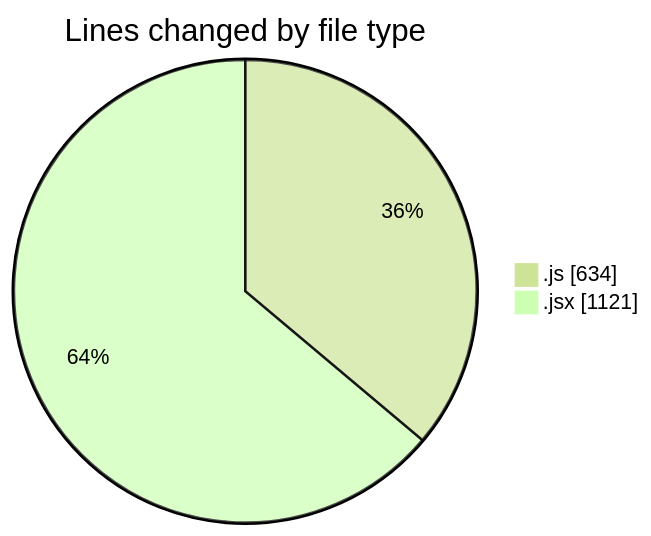
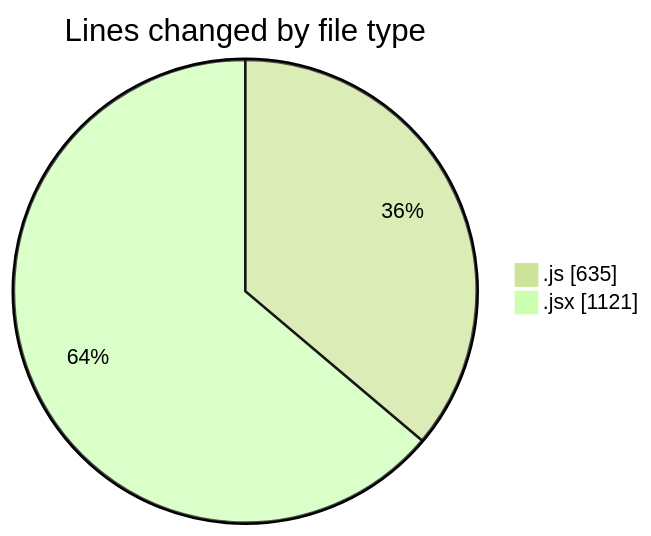
The first of 2 diagrams in 2025-07-02/argos/README.md (nxtqubesakshisongat/code-tracking), drawn with Mermaid (forest theme) before and after one commit. The commit also changed other lines of this file and 1 other file, not shown here.

````diff
--- a/2025-07-02/argos/README.md
+++ b/2025-07-02/argos/README.md
@@ -24,6 +24,6 @@
 ```mermaid
 pie showData
 title Lines changed by file type
-".js" : 634
+".js" : 635
 ".jsx" : 1121
 ```
````
